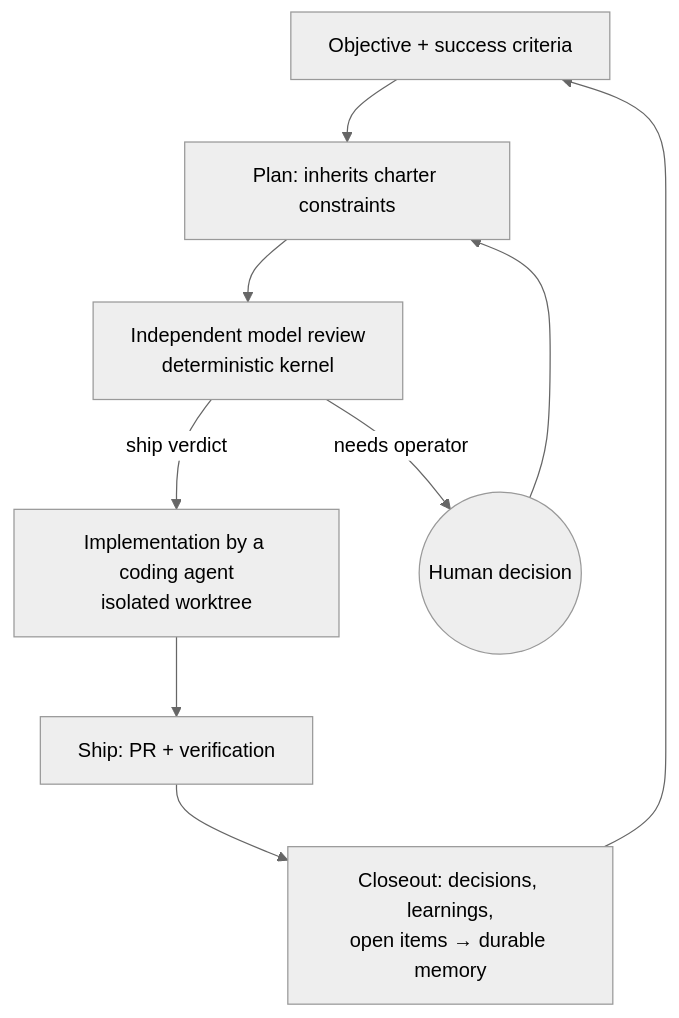
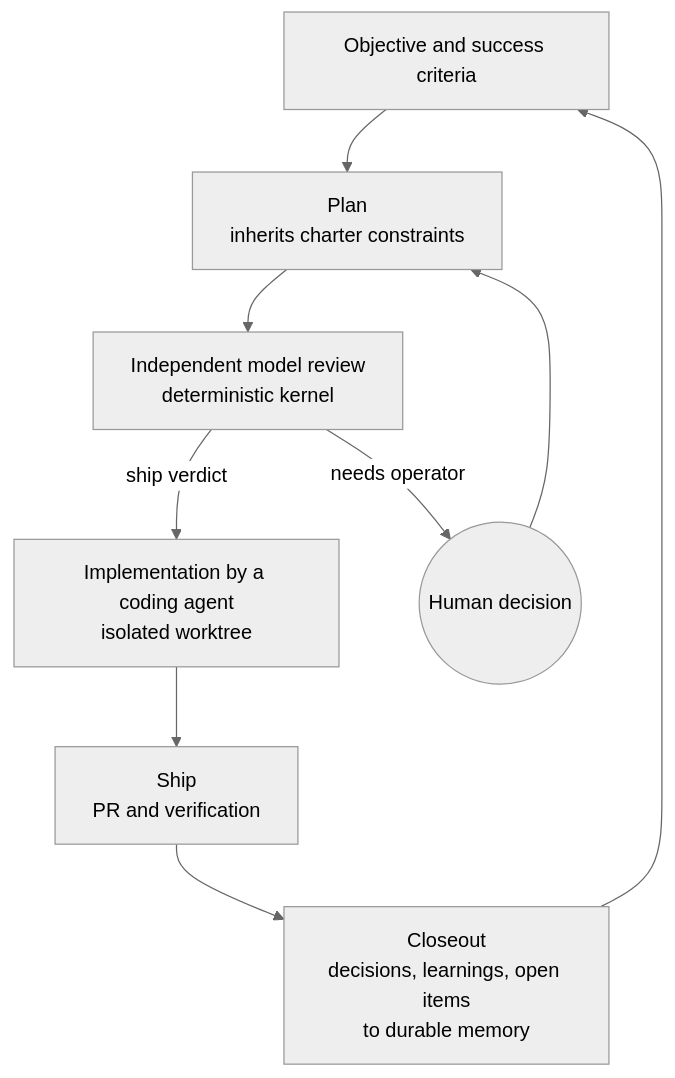
One commit to justinzealand/executive-ai-portfolio changed the diagram in diagrams/01-objective-lifecycle.mmd. Above: the diagram before and after it, drawn with Mermaid (neutral theme). The commit also changed 10 other files, not shown here.

Commit message:
Render-safe diagrams, gitignore, linguist attributes

```diff
--- a/diagrams/01-objective-lifecycle.mmd
+++ b/diagrams/01-objective-lifecycle.mmd
@@ -1,9 +1,9 @@
 flowchart TB
-  O[Objective + success criteria] --> P[Plan: inherits charter constraints]
-  P --> RV[Independent model review<br/>deterministic kernel]
-  RV -->|ship verdict| I[Implementation by a coding agent<br/>isolated worktree]
-  I --> S[Ship: PR + verification]
-  S --> CL[Closeout: decisions, learnings,<br/>open items → durable memory]
+  O["Objective and success criteria"] --> P["Plan<br/>inherits charter constraints"]
+  P --> RV["Independent model review<br/>deterministic kernel"]
+  RV -->|ship verdict| I["Implementation by a coding agent<br/>isolated worktree"]
+  I --> S["Ship<br/>PR and verification"]
+  S --> CL["Closeout<br/>decisions, learnings, open items<br/>to durable memory"]
   CL --> O
-  RV -->|needs operator| H((Human decision))
-  H --> P
+  RV -->|needs operator| HD(("Human decision"))
+  HD --> P
```
